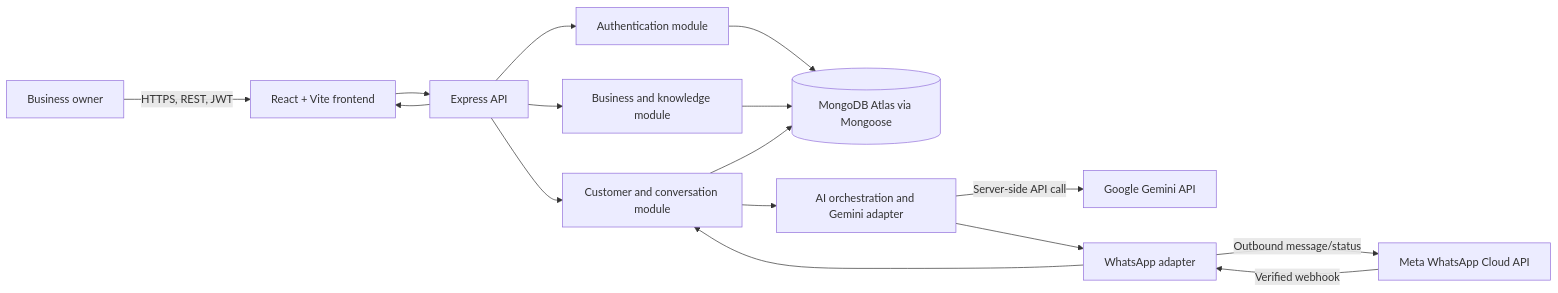
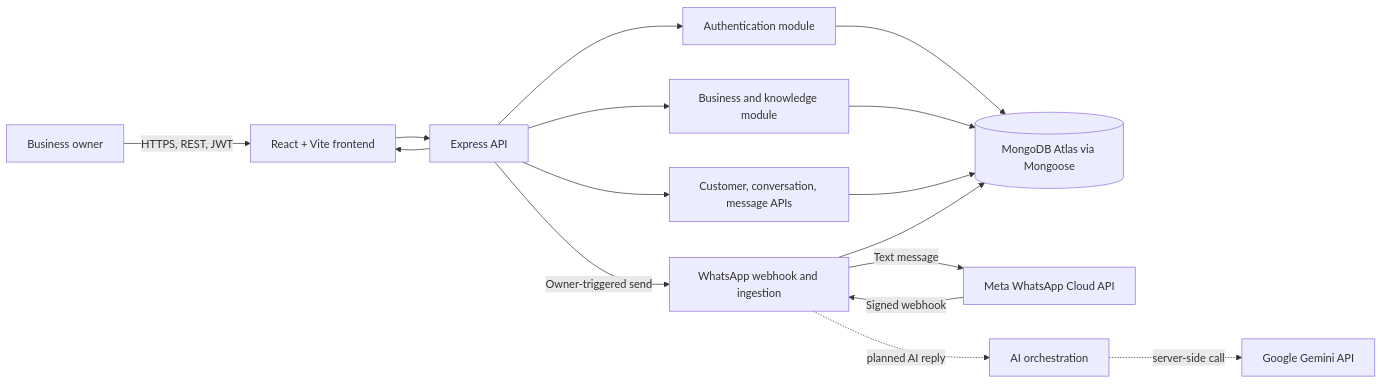
Before and after one commit to Anmol0224/AI-Whatsapp-Sales-Assistant: the diagram in docs/SYSTEM_ARCHITECTURE.md, drawn with Mermaid. The commit also changed other lines of this file and 21 other files, not shown here.

Commit message:
feat: complete phase 5 WhatsApp CRM implementation

````diff
--- a/docs/SYSTEM_ARCHITECTURE.md
+++ b/docs/SYSTEM_ARCHITECTURE.md
@@ -11,18 +11,18 @@
 ```mermaid
 flowchart LR
   Owner[Business owner] -->|HTTPS, REST, JWT| Web[React + Vite frontend]
   Web --> API[Express API]
   API --> Auth[Authentication module]
   API --> Biz[Business and knowledge module]
-  API --> Conv[Customer and conversation module]
+  API --> Conv[Customer, conversation, message APIs]
   Auth --> DB[(MongoDB Atlas via Mongoose)]
   Biz --> DB
   Conv --> DB
-  Meta[Meta WhatsApp Cloud API] -->|Verified webhook| WA[WhatsApp adapter]
-  WA --> Conv
-  Conv --> AI[AI orchestration and Gemini adapter]
-  AI -->|Server-side API call| Gemini[Google Gemini API]
-  AI --> WA
-  WA -->|Outbound message/status| Meta
+  Meta[Meta WhatsApp Cloud API] -->|Signed webhook| WA[WhatsApp webhook and ingestion]
+  WA --> DB
+  API -->|Owner-triggered send| WA
+  WA -->|Text message| Meta
+  WA -. planned AI reply .-> AI[AI orchestration]
+  AI -. server-side call .-> Gemini[Google Gemini API]
   API --> Web
 ```
````
